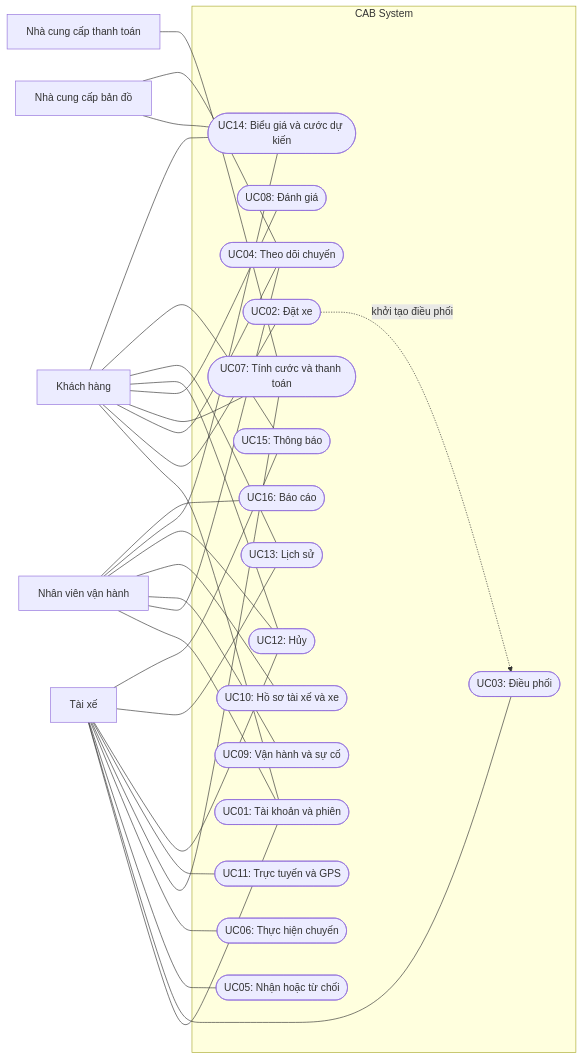
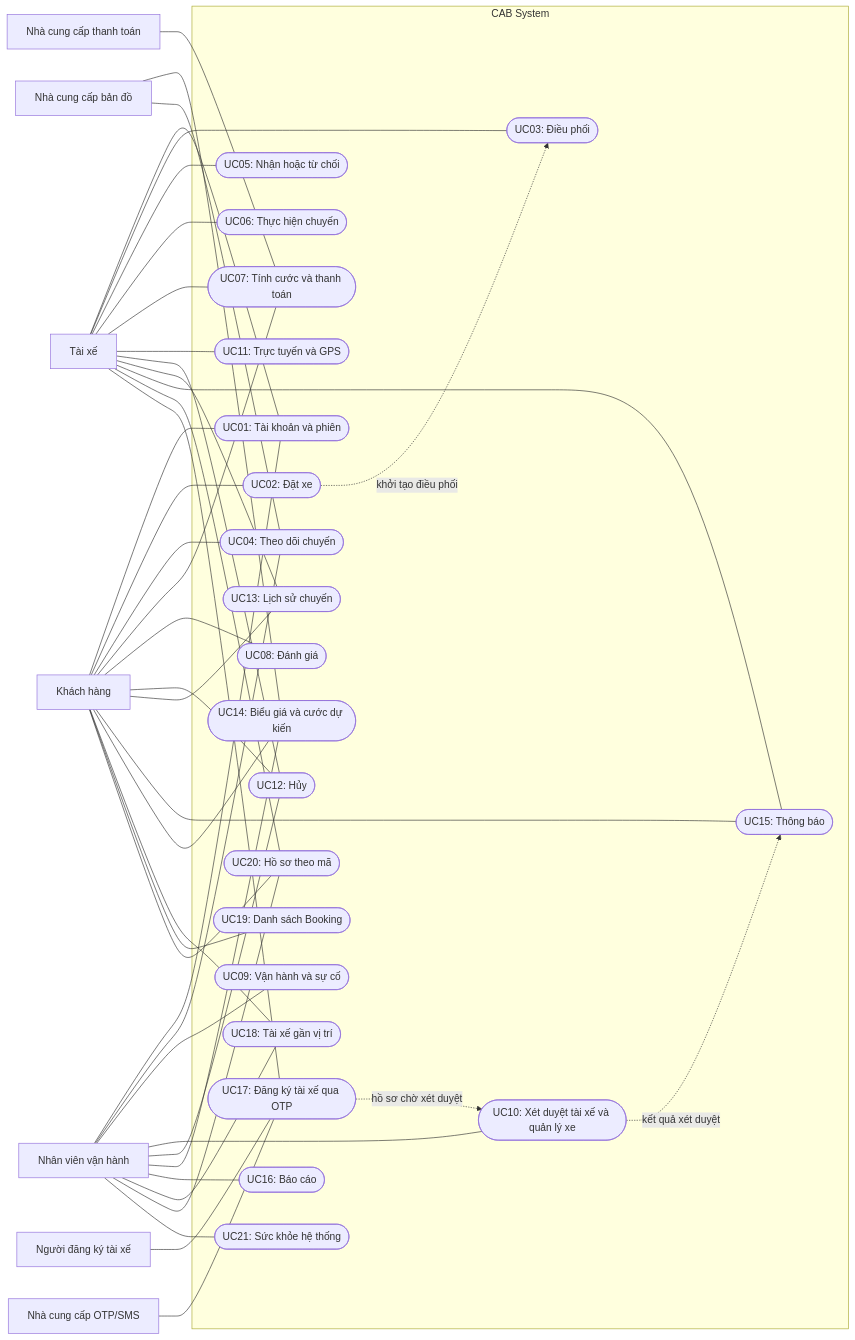
Before and after one commit to NguyenDaiLong19HTTT/23722251_NguyenDaiLong_CabSystems: the diagram in srs.md, drawn with Mermaid. The commit also changed other lines of this file, not shown here.

````diff
--- a/srs.md
+++ b/srs.md
@@ -626,61 +859,81 @@
 ```mermaid
 flowchart LR
     C["Khách hàng"]
     D["Tài xế"]
+    G["Người đăng ký tài xế"]
     O["Nhân viên vận hành"]
     P["Nhà cung cấp thanh toán"]
     M["Nhà cung cấp bản đồ"]
+    S["Nhà cung cấp OTP/SMS"]
 
     subgraph CAB["CAB System"]
         A(["UC01: Tài khoản và phiên"])
         B(["UC02: Đặt xe"])
         X(["UC03: Điều phối"])
         T(["UC04: Theo dõi chuyến"])
         R(["UC05: Nhận hoặc từ chối"])
         E(["UC06: Thực hiện chuyến"])
         PAY(["UC07: Tính cước và thanh toán"])
         RATE(["UC08: Đánh giá"])
         OPS(["UC09: Vận hành và sự cố"])
-        FLEET(["UC10: Hồ sơ tài xế và xe"])
+        FLEET(["UC10: Xét duyệt tài xế và quản lý xe"])
         GPS(["UC11: Trực tuyến và GPS"])
         CANCEL(["UC12: Hủy"])
-        HIST(["UC13: Lịch sử"])
+        HIST(["UC13: Lịch sử chuyến"])
         PRICE(["UC14: Biểu giá và cước dự kiến"])
         N(["UC15: Thông báo"])
         REPORT(["UC16: Báo cáo"])
+        REG(["UC17: Đăng ký tài xế qua OTP"])
+        NEAR(["UC18: Tài xế gần vị trí"])
+        BOOKHIST(["UC19: Danh sách Booking"])
+        PROFILE(["UC20: Hồ sơ theo mã"])
+        HEALTH(["UC21: Sức khỏe hệ thống"])
     end
 
     C --- A
-    D --- A
-    O --- A
     C --- B
     C --- T
     C --- PAY
     C --- RATE
     C --- CANCEL
     C --- HIST
     C --- N
     C --- PRICE
+    C --- NEAR
+    C --- BOOKHIST
+    C --- PROFILE
 
+    D --- A
     D --- X
     D --- R
     D --- E
     D --- PAY
     D --- GPS
     D --- CANCEL
     D --- HIST
     D --- N
+    D --- PROFILE
+    D --- REG
 
+    G --- REG
+    S --- REG
+
+    O --- A
     O --- T
     O --- OPS
     O --- FLEET
     O --- CANCEL
     O --- PRICE
     O --- REPORT
+    O --- NEAR
+    O --- PROFILE
+    O --- HEALTH
 
     P --- PAY
     M --- PRICE
     M --- T
 
     B -. "khởi tạo điều phối" .-> X
+    REG -. "hồ sơ chờ xét duyệt" .-> FLEET
+    FLEET -. "kết quả xét duyệt" .-> N
 ```
````
